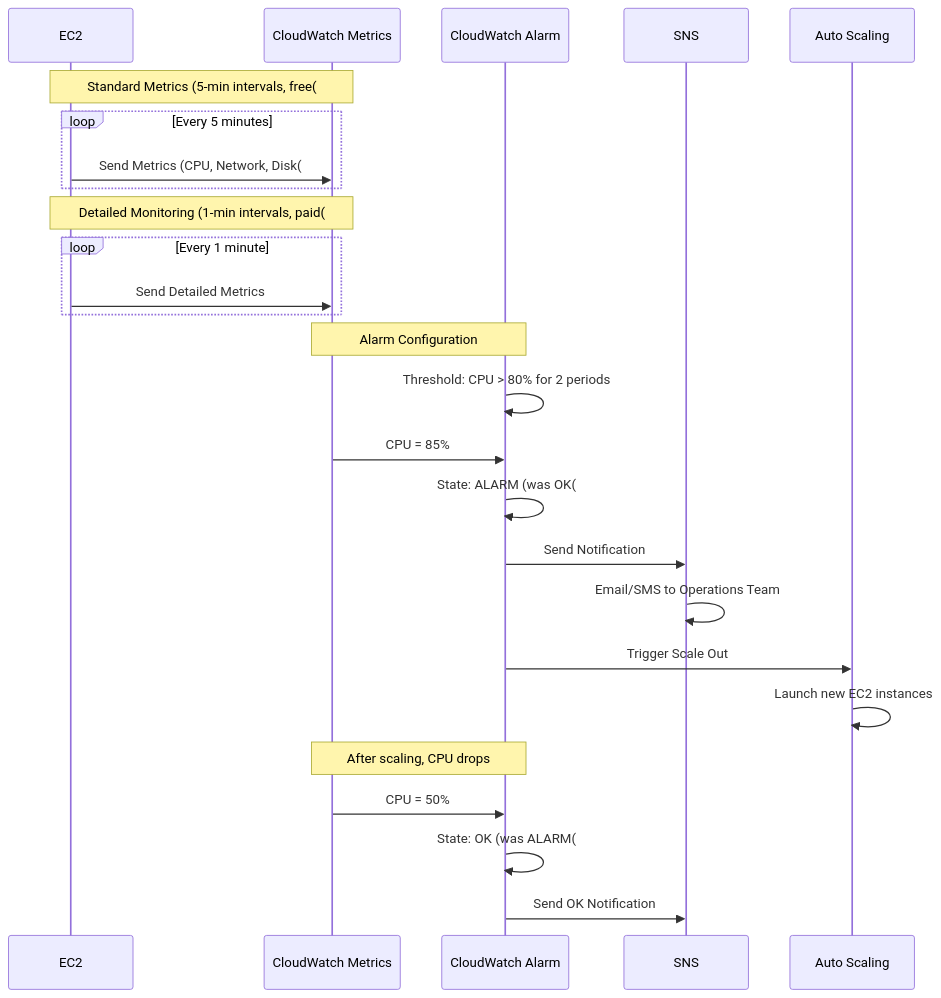
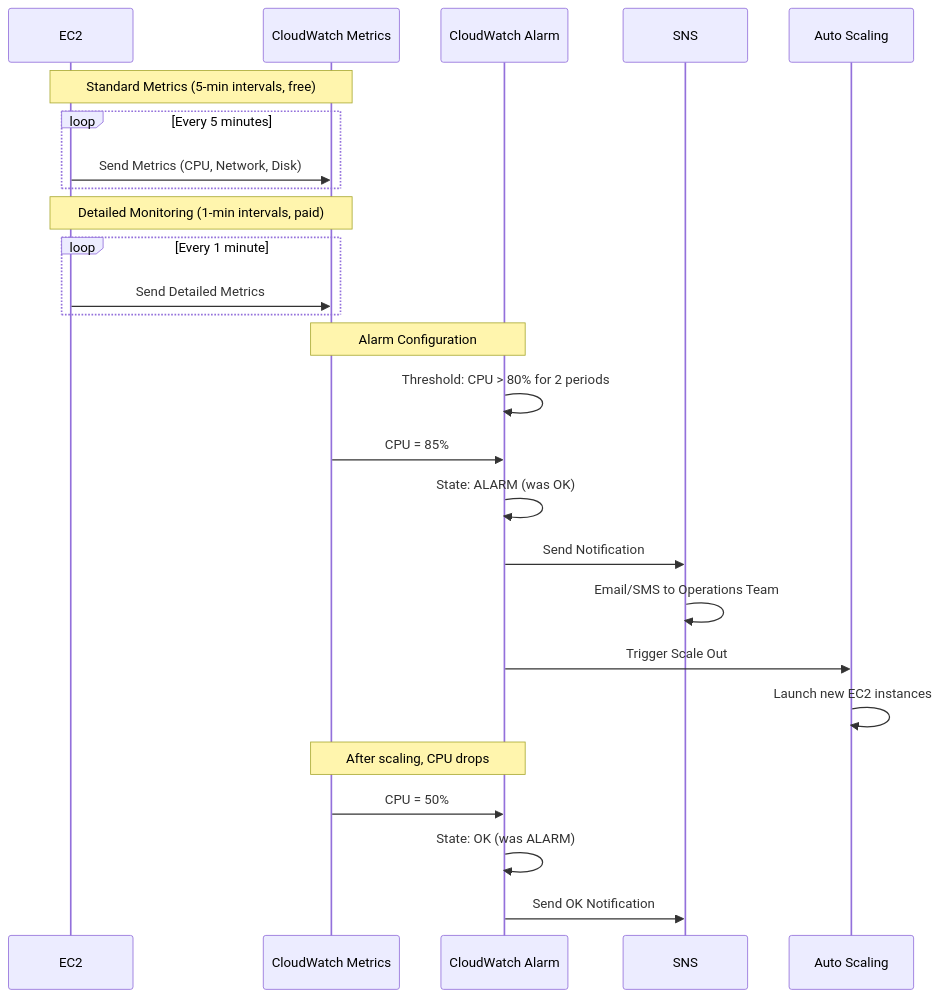
The second of 15 diagrams in docs/09-Monitoring/DIAGRAMS.md (pilotworks/AWS-Certified-Solutions-Architect-Associate-SAA-C03), drawn with Mermaid before and after one commit. The commit also changed other lines of this file and 79 other files, not shown here.

````diff
--- a/docs/09-Monitoring/DIAGRAMS.md
+++ b/docs/09-Monitoring/DIAGRAMS.md
@@ -65,40 +65,40 @@
 ```mermaid
 sequenceDiagram
     participant EC2
     participant CW as CloudWatch Metrics
     participant Alarm as CloudWatch Alarm
     participant SNS
     participant ASG as Auto Scaling
     
-    Note over EC2,CW: Standard Metrics (5-min intervals, free(
+    Note over EC2,CW: Standard Metrics (5-min intervals, free)
     
     loop Every 5 minutes
-        EC2->>CW: Send Metrics (CPU, Network, Disk(
+        EC2->>CW: Send Metrics (CPU, Network, Disk)
     end
     
-    Note over EC2,CW: Detailed Monitoring (1-min intervals, paid(
+    Note over EC2,CW: Detailed Monitoring (1-min intervals, paid)
     
     loop Every 1 minute
         EC2->>CW: Send Detailed Metrics
     end
     
     Note over CW,Alarm: Alarm Configuration
     
     Alarm->>Alarm: Threshold: CPU > 80% for 2 periods
     
     CW->>Alarm: CPU = 85%
-    Alarm->>Alarm: State: ALARM (was OK(
+    Alarm->>Alarm: State: ALARM (was OK)
     
     Alarm->>SNS: Send Notification
     SNS->>SNS: Email/SMS to Operations Team
     
     Alarm->>ASG: Trigger Scale Out
     ASG->>ASG: Launch new EC2 instances
     
     Note over CW,Alarm: After scaling, CPU drops
     
     CW->>Alarm: CPU = 50%
-    Alarm->>Alarm: State: OK (was ALARM(
+    Alarm->>Alarm: State: OK (was ALARM)
     Alarm->>SNS: Send OK Notification
     
 ```
````
